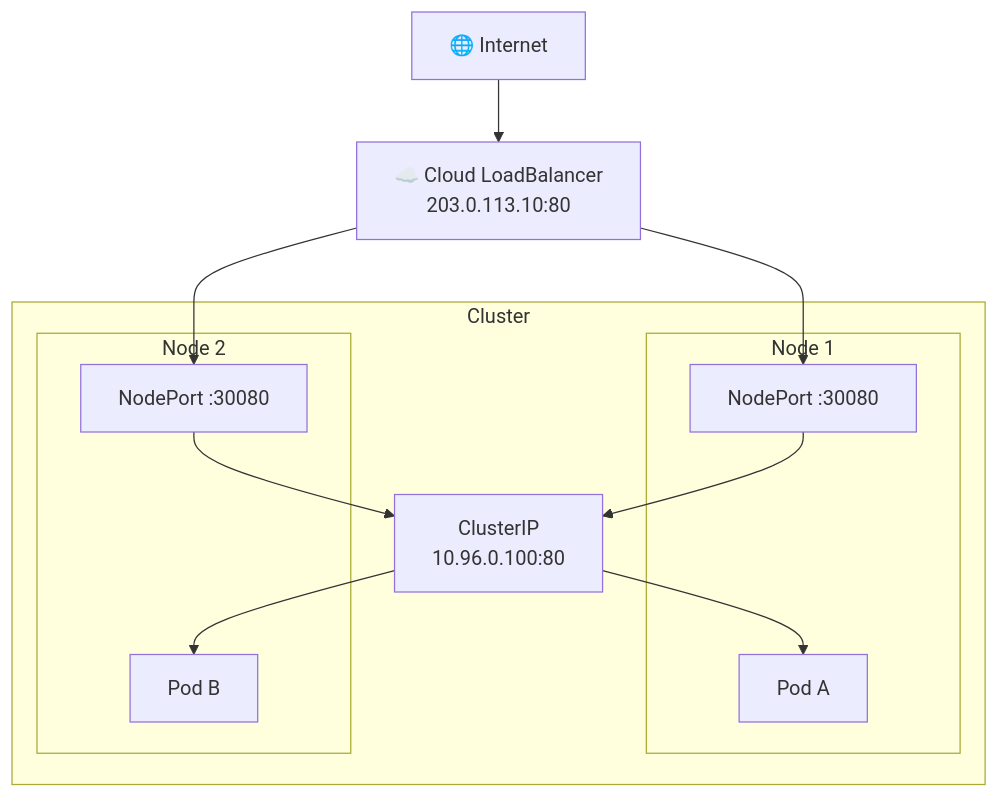
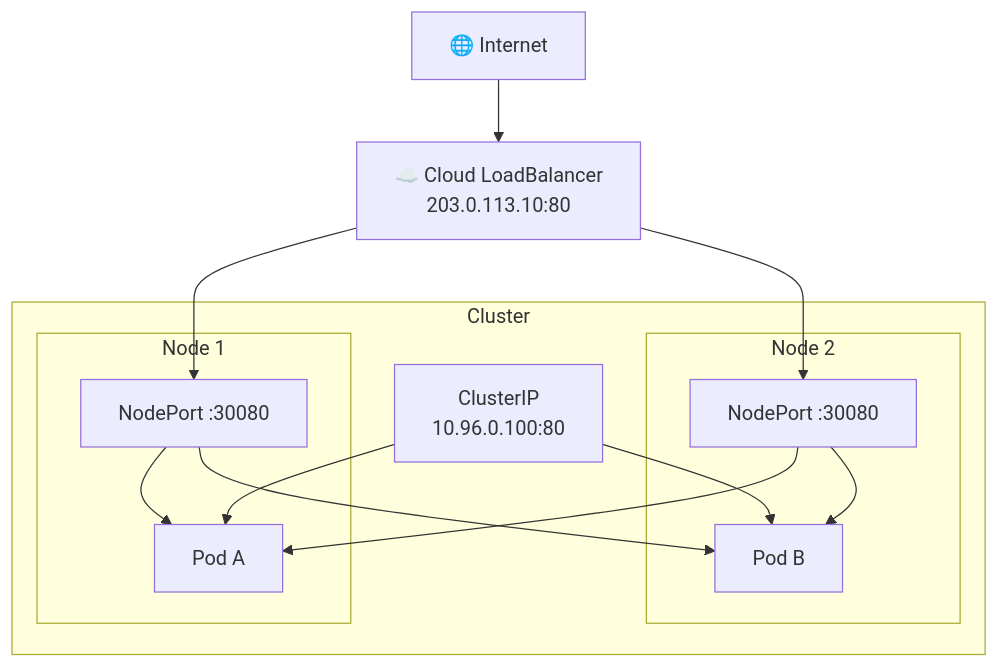
Before and after one commit to akeverus/cheat-sheet: the sixth of 10 diagrams in cheatsheets/interview/devops/kubernetes-interview.md, drawn with Mermaid. The commit also changed other lines of this file and 154 other files, not shown here.

````diff
--- a/cheatsheets/interview/devops/kubernetes-interview.md
+++ b/cheatsheets/interview/devops/kubernetes-interview.md
@@ -774,26 +810,28 @@
 ```mermaid
 graph TB
     Internet[🌐 Internet]
 
     subgraph Cluster
         subgraph Node1["Node 1"]
             NP1["NodePort :30080"]
             P1[Pod A]
         end
         subgraph Node2["Node 2"]
             NP2["NodePort :30080"]
             P2[Pod B]
         end
         CIP["ClusterIP<br/>10.96.0.100:80"]
     end
 
     LB["☁️ Cloud LoadBalancer<br/>203.0.113.10:80"]
 
     Internet --> LB
     LB --> NP1
     LB --> NP2
-    NP1 --> CIP
-    NP2 --> CIP
+    NP1 --> P1
+    NP1 --> P2
+    NP2 --> P1
+    NP2 --> P2
     CIP --> P1
     CIP --> P2
 ```
````
